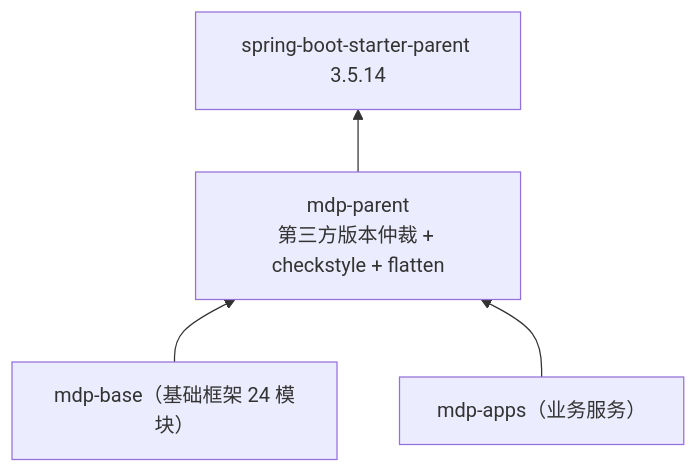
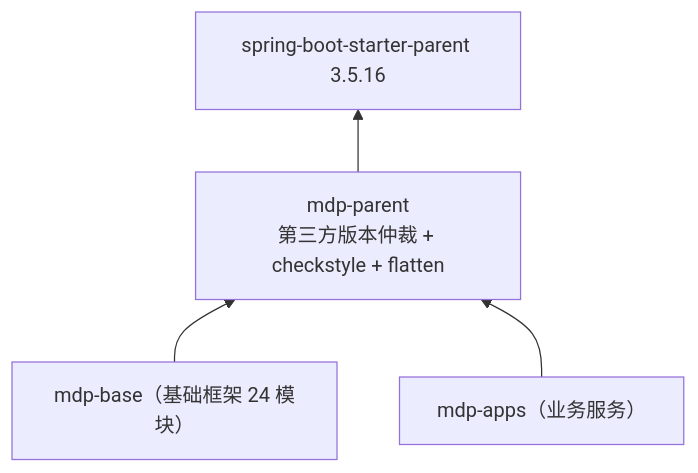
The diagram in src/doc/source/mdp-parent.md (henhen6/mdp-docs), drawn with Mermaid before and after one commit. The commit also changed other lines of this file and 29 other files, not shown here.

````diff
--- a/src/doc/source/mdp-parent.md
+++ b/src/doc/source/mdp-parent.md
@@ -26,6 +26,6 @@
 ```mermaid
 flowchart BT
-    P["mdp-parent<br/>第三方版本仲裁 + checkstyle + flatten"]   -->  SB["spring-boot-starter-parent 3.5.14"]
+    P["mdp-parent<br/>第三方版本仲裁 + checkstyle + flatten"]   -->  SB["spring-boot-starter-parent 3.5.16"]
     BASE["mdp-base（基础框架 24 模块）"] --> P
     APPS["mdp-apps（业务服务）"] --> P
 ```
````
